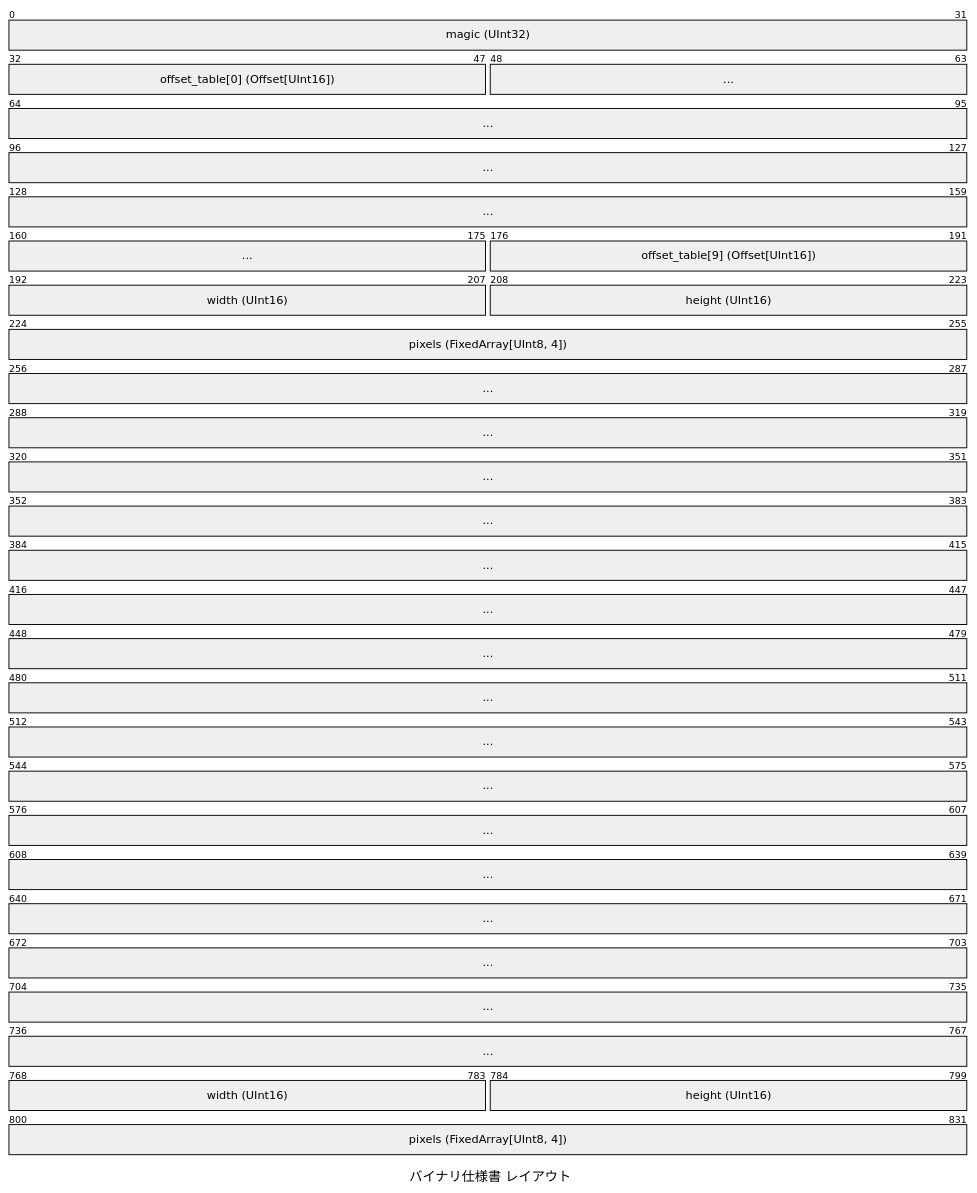
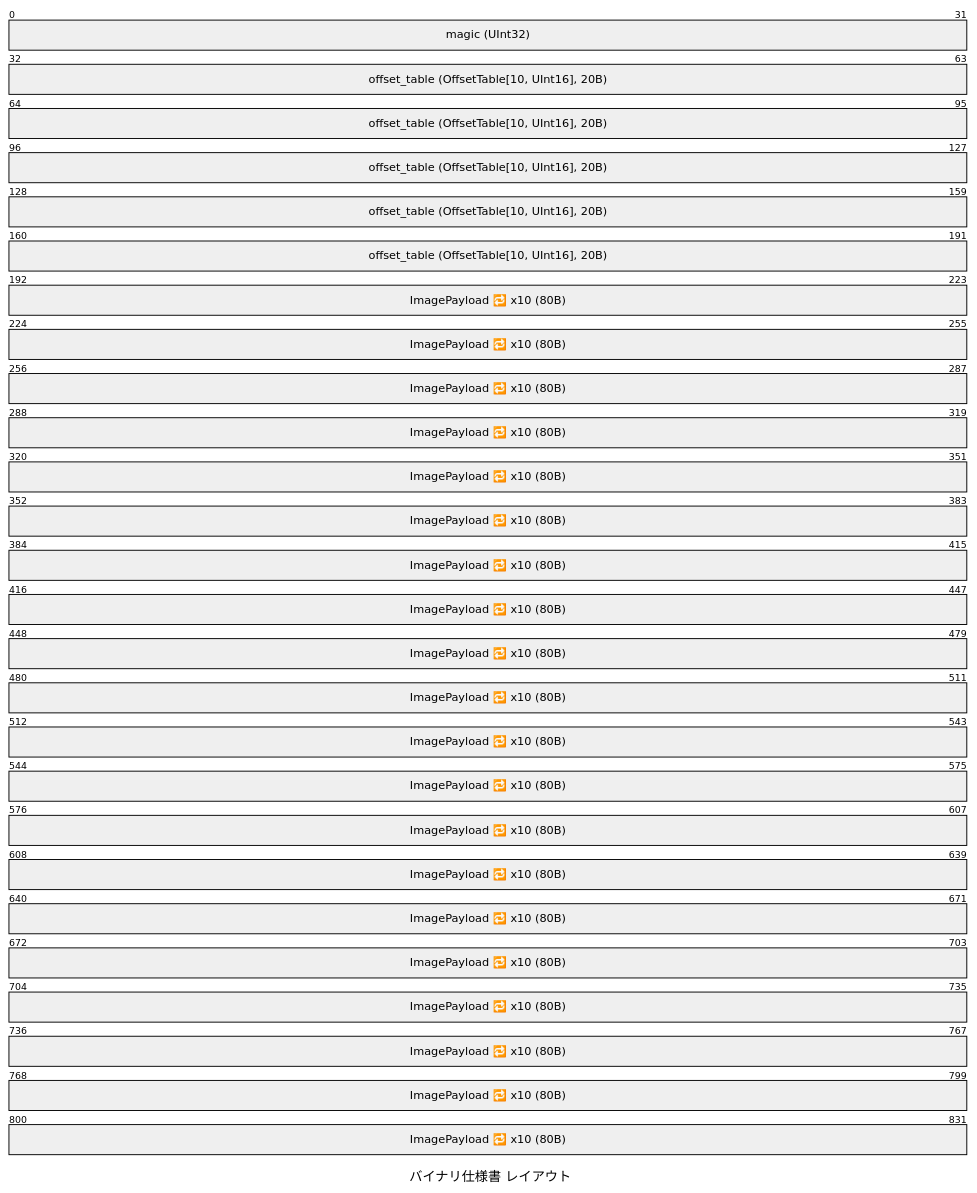
Before and after one commit to tamon-ishii/binary_master: the second of 4 diagrams in manual.md, drawn with Mermaid. The commit also changed other lines of this file and 6 other files, not shown here.

First line of the commit message:
fix(manual): aggregate structures in diagrams and eliminate unnecessary '...' ellipses

````diff
--- a/manual.md
+++ b/manual.md
@@ -37,15 +33,7 @@
 ```mermaid
 packet-beta
 title バイナリ仕様書 レイアウト
 0-31: "magic (UInt32)"
-32-47: "offset_table[0] (Offset[UInt16])"
-48-175: "..."
-176-191: "offset_table[9] (Offset[UInt16])"
-192-207: "width (UInt16)"
-208-223: "height (UInt16)"
-224-255: "pixels (FixedArray[UInt8, 4])"
-256-767: "..."
-768-783: "width (UInt16)"
-784-799: "height (UInt16)"
-800-831: "pixels (FixedArray[UInt8, 4])"
+32-191: "offset_table (OffsetTable[10, UInt16], 20B)"
+192-831: "ImagePayload 🔁 x10 (80B)"
 ```
````
